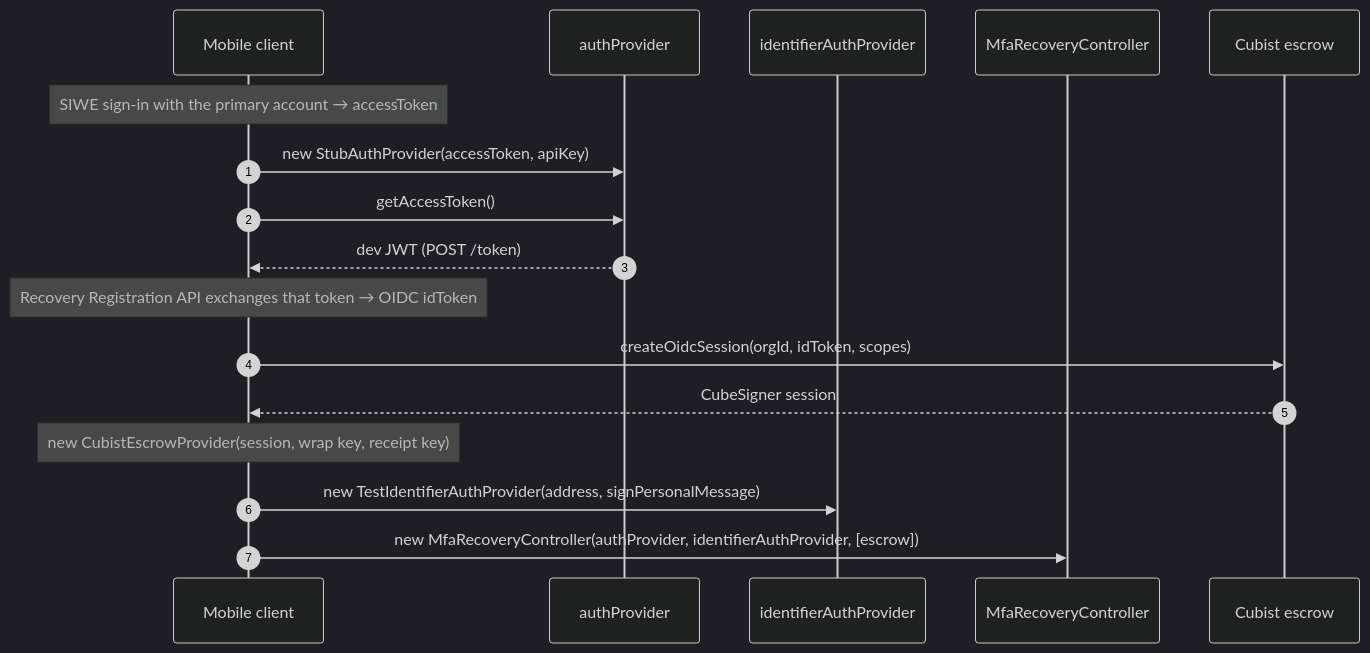
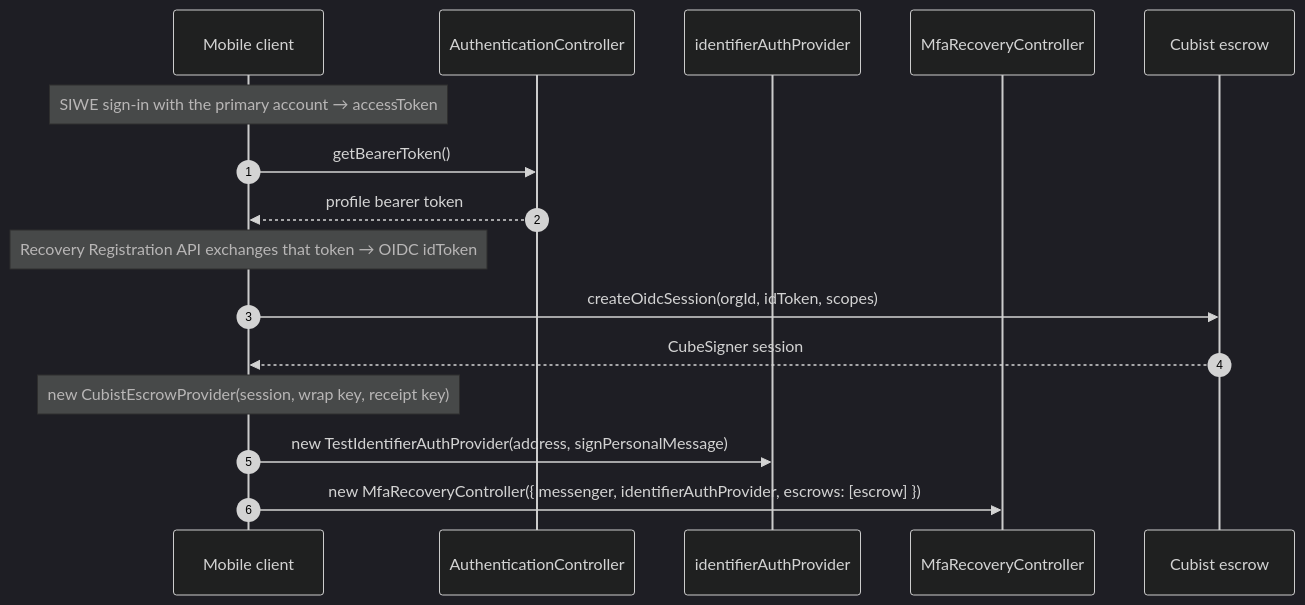
One commit to MetaMask/core changed the first of 3 diagrams in packages/mfa-recovery-controller/CUBIST_TEST_SEQUENCE.md. Above: the diagram before and after it, drawn with Mermaid (dark theme). The commit also changed other lines of this file and 11 other files, not shown here.

Commit message:
feat(mfa-recovery-controller): use AuthenticationController via messenger

````diff
--- a/packages/mfa-recovery-controller/CUBIST_TEST_SEQUENCE.md
+++ b/packages/mfa-recovery-controller/CUBIST_TEST_SEQUENCE.md
@@ -23,20 +23,19 @@
 ```mermaid
 sequenceDiagram
   autonumber
   participant Mobile as Mobile client
-  participant Auth as authProvider
+  participant Auth as AuthenticationController
   participant Id as identifierAuthProvider
   participant C as MfaRecoveryController
   participant Cubist as Cubist escrow
 
   Note over Mobile: SIWE sign-in with the primary account → accessToken
-  Mobile->>Auth: new StubAuthProvider(accessToken, apiKey)
-  Mobile->>Auth: getAccessToken()
-  Auth-->>Mobile: dev JWT (POST /token)
+  Mobile->>Auth: getBearerToken()
+  Auth-->>Mobile: profile bearer token
   Note over Mobile: Recovery Registration API exchanges that token → OIDC idToken
   Mobile->>Cubist: createOidcSession(orgId, idToken, scopes)
   Cubist-->>Mobile: CubeSigner session
   Note over Mobile: new CubistEscrowProvider(session, wrap key, receipt key)
   Mobile->>Id: new TestIdentifierAuthProvider(address, signPersonalMessage)
-  Mobile->>C: new MfaRecoveryController(authProvider, identifierAuthProvider, [escrow])
+  Mobile->>C: new MfaRecoveryController({ messenger, identifierAuthProvider, escrows: [escrow] })
 ```
````
